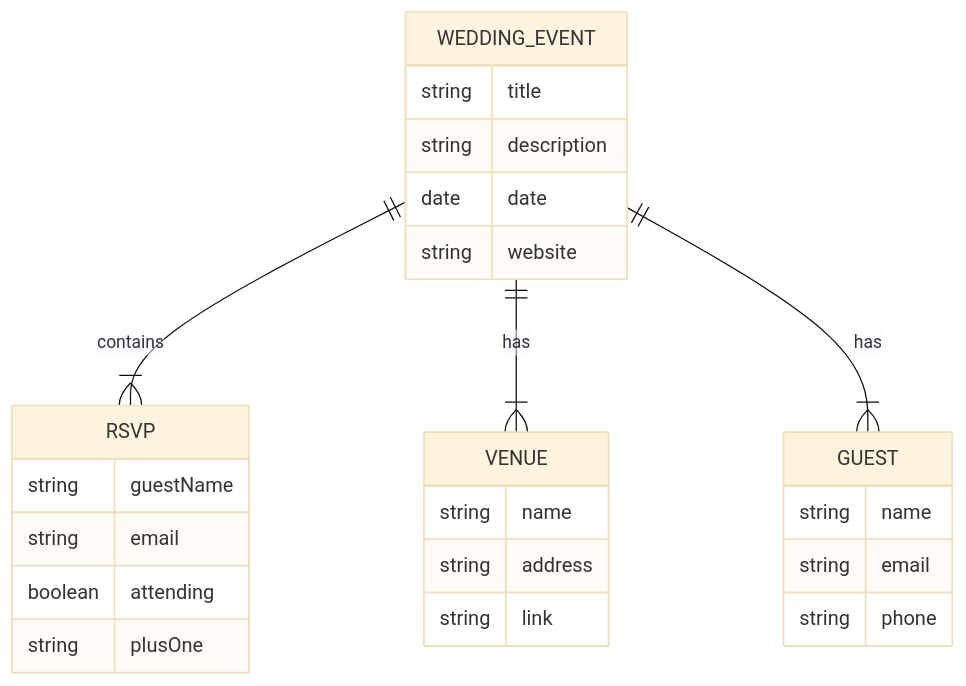
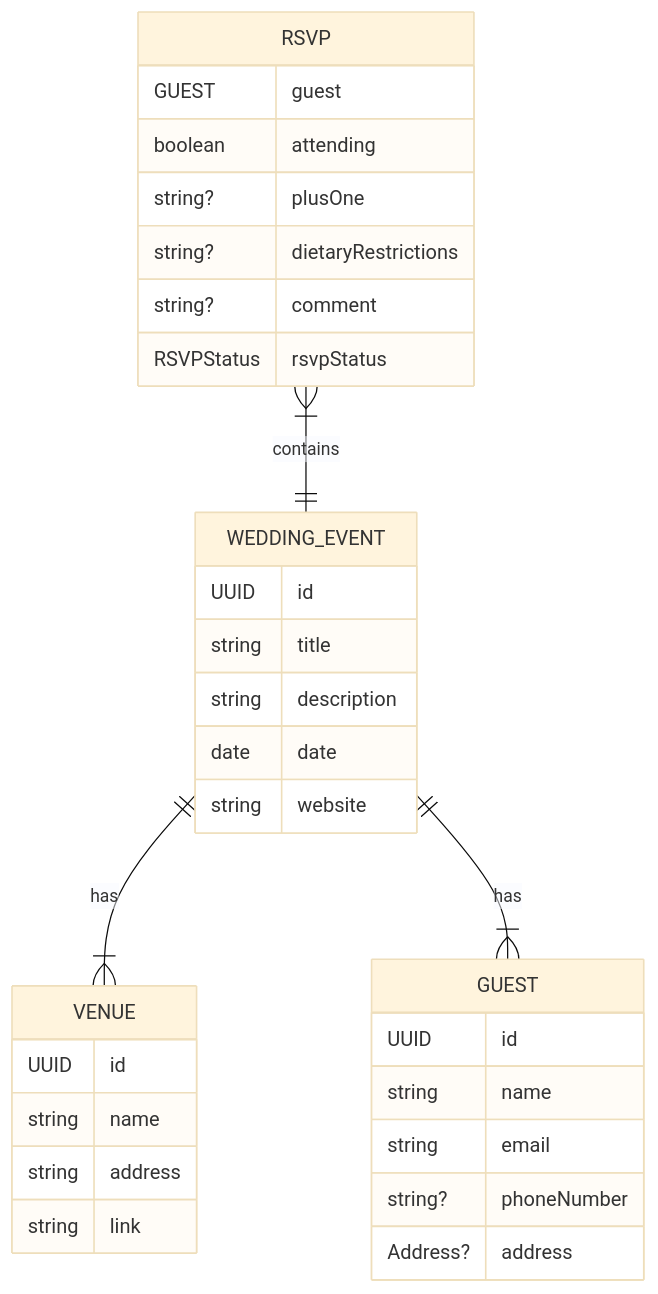
The second of 4 diagrams in README.md (dylanlangston/langston-wedding.com), drawn with Mermaid (base theme) before and after one commit. The commit also changed other lines of this file, not shown here.

Commit message:
Improve models and add matra

````diff
--- a/README.md
+++ b/README.md
@@ -189,28 +192,34 @@
 ```mermaid
 erDiagram
-    WEDDING_EVENT ||--|{ RSVP : contains
+    RSVP }|--|| WEDDING_EVENT : contains
     WEDDING_EVENT ||--|{ VENUE : has
     WEDDING_EVENT ||--|{ GUEST : has
     RSVP {
-        string guestName
-        string email
+        GUEST guest
         boolean attending
-        string plusOne
+        string? plusOne
+        string? dietaryRestrictions
+        string? comment
+        RSVPStatus rsvpStatus
     }
     VENUE {
+        UUID id
         string name
         string address
         string link
     }
     GUEST {
+        UUID id
         string name
         string email
-        string phone
+        string? phoneNumber
+        Address? address
     }
     WEDDING_EVENT {
+        UUID id
         string title
         string description
         date date
         string website
     }
 ```
````
